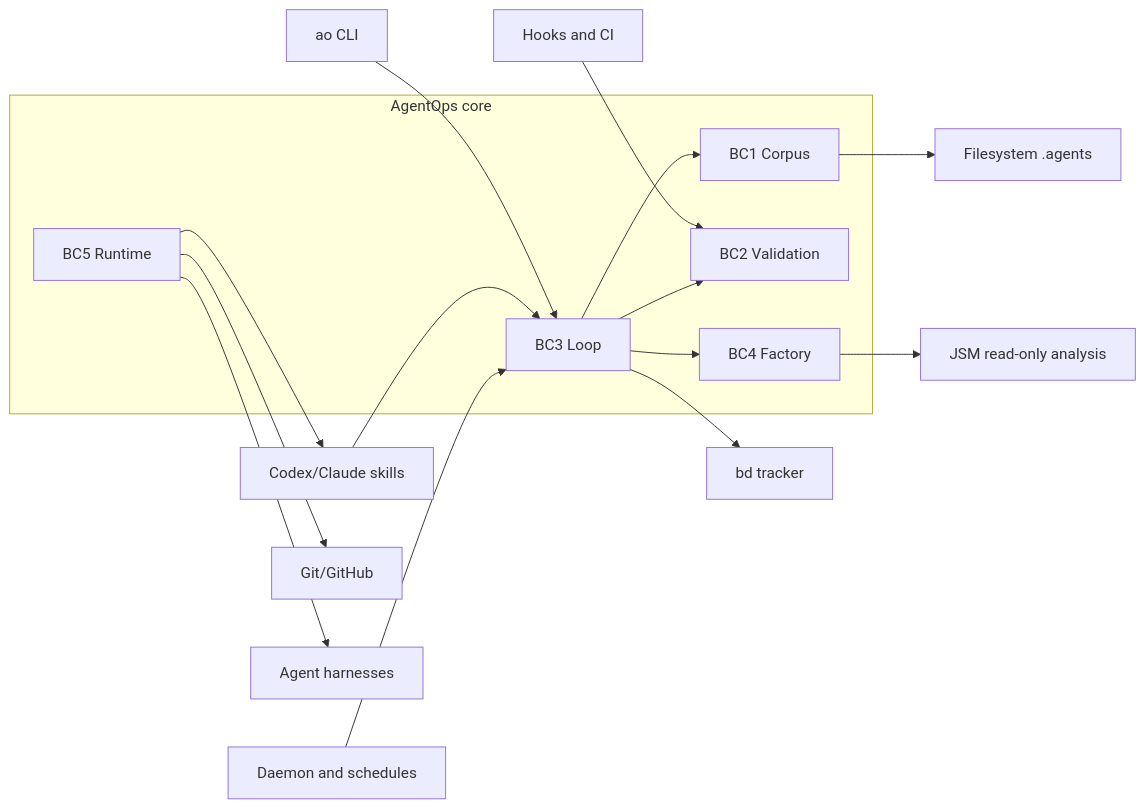
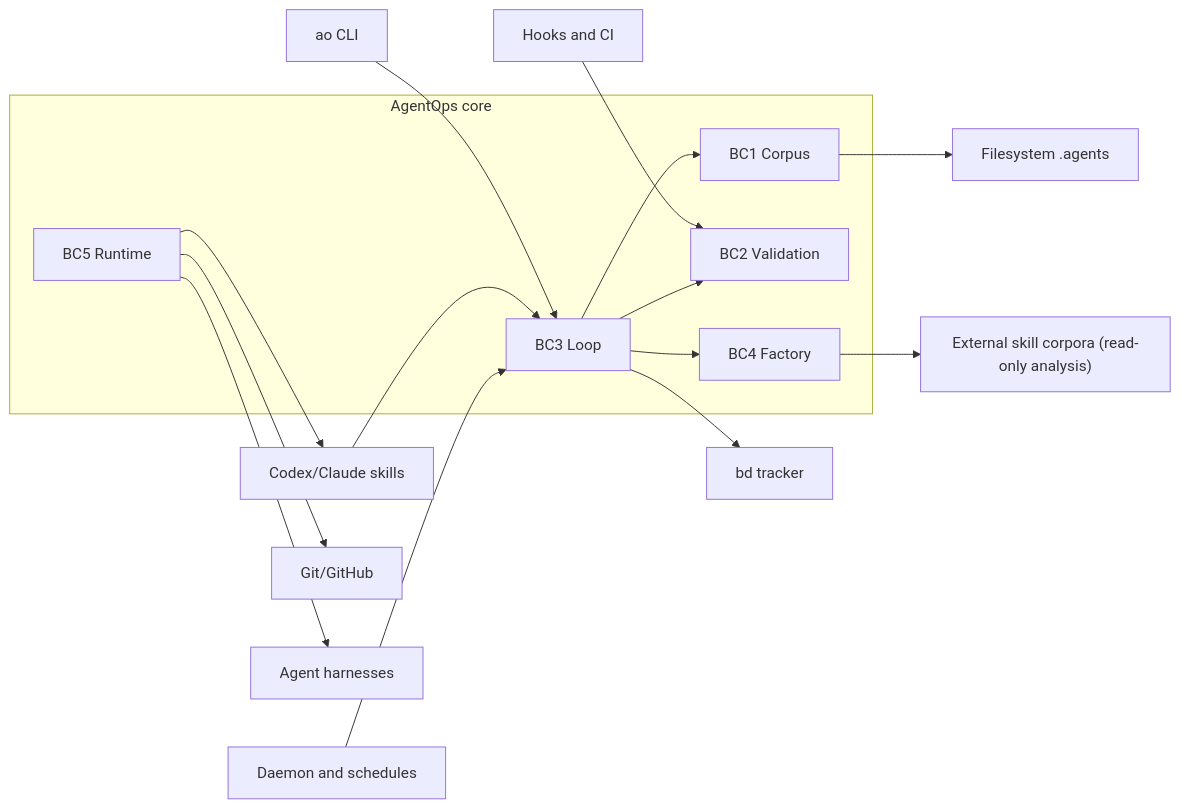
The diagram in docs/reference/agentops-hexagonal-architecture-map.md (lguzzon-scratchbook/agentops), drawn with Mermaid before and after one commit. The commit also changed other lines of this file and 140 other files, not shown here.

First line of the commit message:
chore: scrub all jsm references — external ref only, patterns kept (soc-wnic7 #scrub-jsm) (#501)

````diff
--- a/docs/reference/agentops-hexagonal-architecture-map.md
+++ b/docs/reference/agentops-hexagonal-architecture-map.md
@@ -32,35 +32,35 @@
 ```mermaid
 flowchart LR
   CLI["ao CLI"]
   Skills["Codex/Claude skills"]
   Hooks["Hooks and CI"]
   Daemon["Daemon and schedules"]
 
   subgraph Hex["AgentOps core"]
     Corpus["BC1 Corpus"]
     Validation["BC2 Validation"]
     Loop["BC3 Loop"]
     Factory["BC4 Factory"]
     Runtime["BC5 Runtime"]
   end
 
   FS["Filesystem .agents"]
   BD["bd tracker"]
   Git["Git/GitHub"]
   Harness["Agent harnesses"]
-  JSM["JSM read-only analysis"]
+  ExtCorpus["External skill corpora (read-only analysis)"]
 
   CLI --> Loop
   Skills --> Loop
   Hooks --> Validation
   Daemon --> Loop
   Loop --> Corpus
   Loop --> Validation
   Loop --> Factory
   Runtime --> Skills
   Corpus --> FS
   Loop --> BD
   Runtime --> Git
   Runtime --> Harness
-  Factory --> JSM
+  Factory --> ExtCorpus
 ```
````
